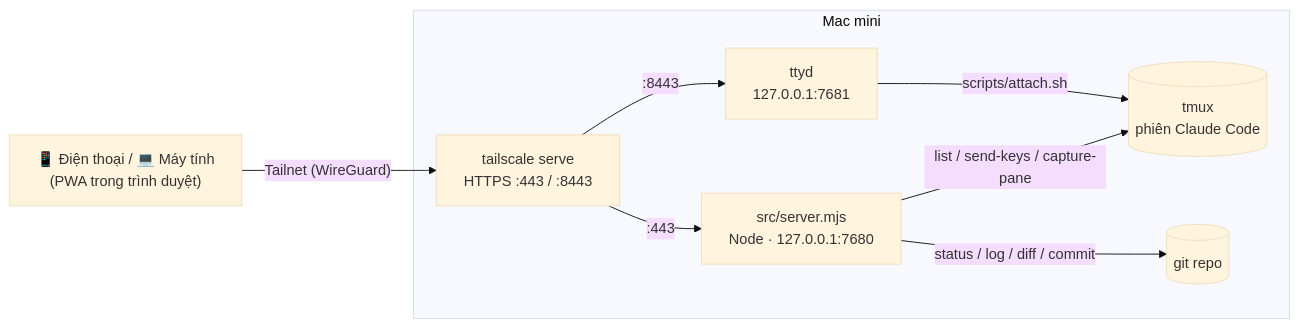
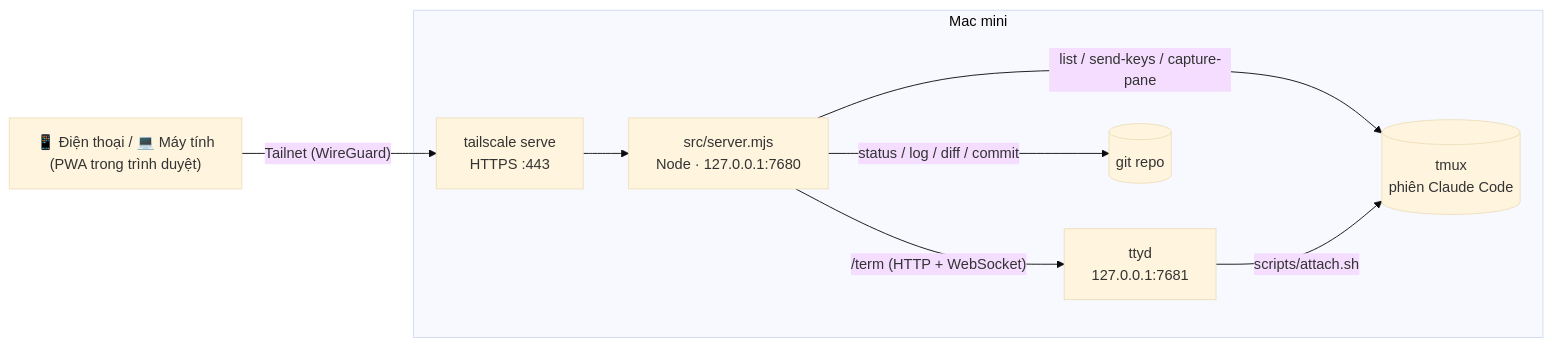
The diagram in README.md (hoangtu0812/termi), drawn with Mermaid (base theme) before and after one commit. The commit also changed other lines of this file and 3 other files, not shown here.

````diff
--- a/README.md
+++ b/README.md
@@ -69,17 +69,17 @@
 ```mermaid
 flowchart LR
     phone["📱 Điện thoại / 💻 Máy tính<br/>(PWA trong trình duyệt)"]
     subgraph mac["Mac mini"]
-        ts["tailscale serve<br/>HTTPS :443 / :8443"]
+        ts["tailscale serve<br/>HTTPS :443"]
         server["src/server.mjs<br/>Node · 127.0.0.1:7680"]
         ttyd["ttyd<br/>127.0.0.1:7681"]
         tmux[("tmux<br/>phiên Claude Code")]
         git[("git repo")]
     end
     phone -- "Tailnet (WireGuard)" --> ts
-    ts -- ":443" --> server
-    ts -- ":8443" --> ttyd
+    ts --> server
+    server -- "/term (HTTP + WebSocket)" --> ttyd
     server -- "list / send-keys / capture-pane" --> tmux
     ttyd -- "scripts/attach.sh" --> tmux
     server -- "status / log / diff / commit" --> git
 ```
````
